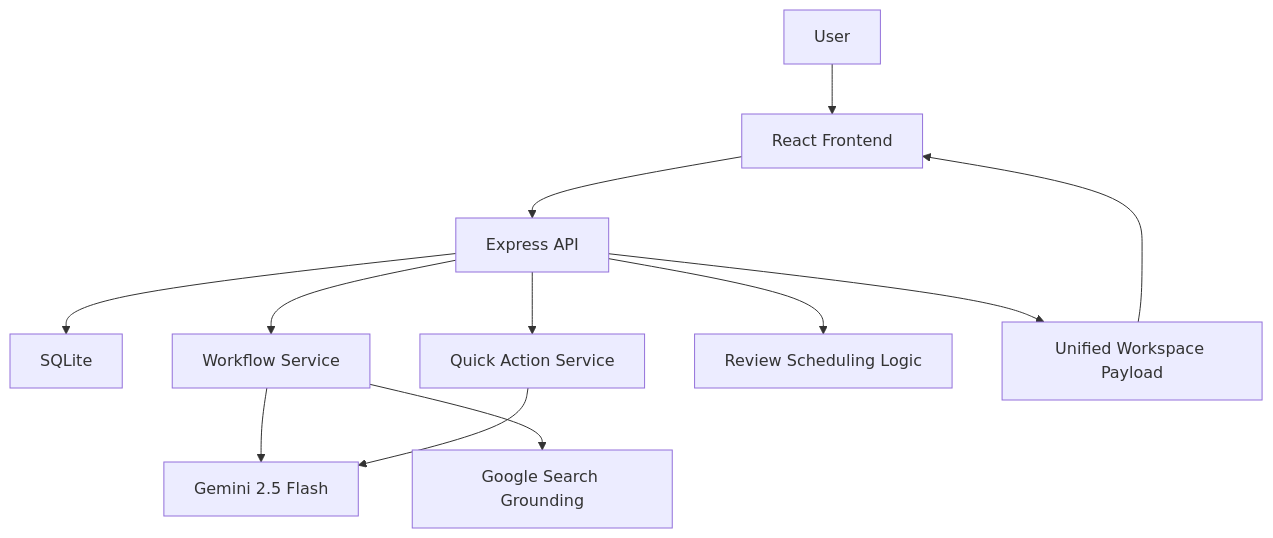
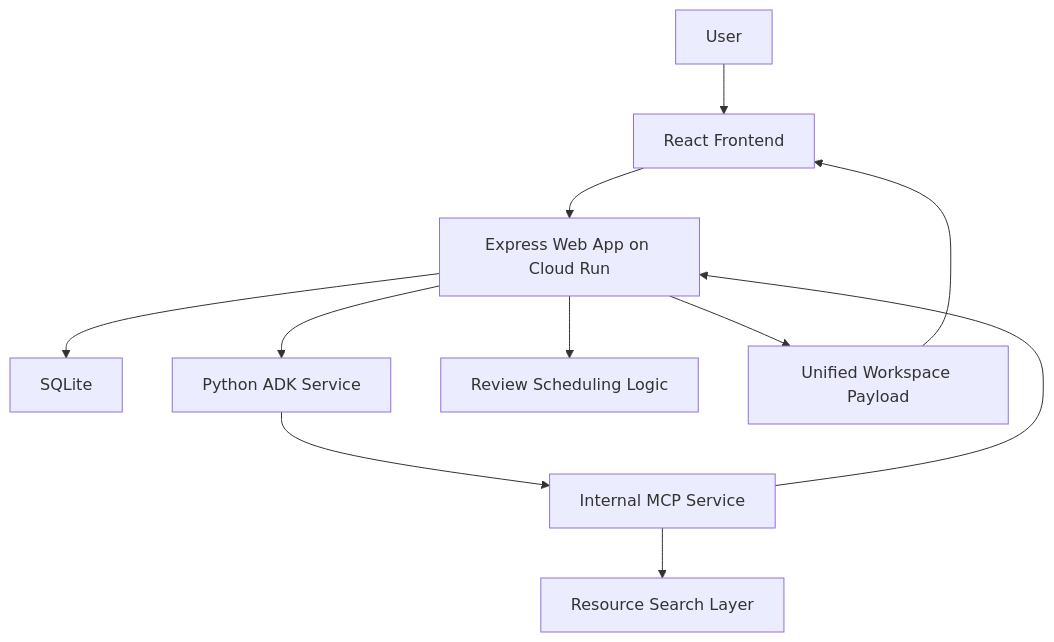
Before and after one commit to fadlyzaki/learning-progress-architect: the second of 2 diagrams in docs/gen-ai-academy-prototype-deck-content.md, drawn with Mermaid. The commit also changed other lines of this file, not shown here.

Commit message:
Update deck content for live ADK and MCP demo architecture

````diff
--- a/docs/gen-ai-academy-prototype-deck-content.md
+++ b/docs/gen-ai-academy-prototype-deck-content.md
@@ -154,14 +159,13 @@
 ```mermaid
 flowchart TB
     U["User"] --> F["React Frontend"]
-    F --> A["Express API"]
-    A --> DB["SQLite"]
-    A --> WF["Workflow Service"]
-    A --> QA["Quick Action Service"]
-    WF --> G["Gemini 2.5 Flash"]
-    WF --> GS["Google Search Grounding"]
-    QA --> G
-    A --> RM["Review Scheduling Logic"]
-    A --> DATA["Unified Workspace Payload"]
-    DATA --> F
+    F --> W["Express Web App on Cloud Run"]
+    W --> DB["SQLite"]
+    W --> ADK["Python ADK Service"]
+    ADK --> MCP["Internal MCP Service"]
+    MCP --> W
+    MCP --> GS["Resource Search Layer"]
+    W --> REV["Review Scheduling Logic"]
+    W --> SNAP["Unified Workspace Payload"]
+    SNAP --> F
 ```
````
